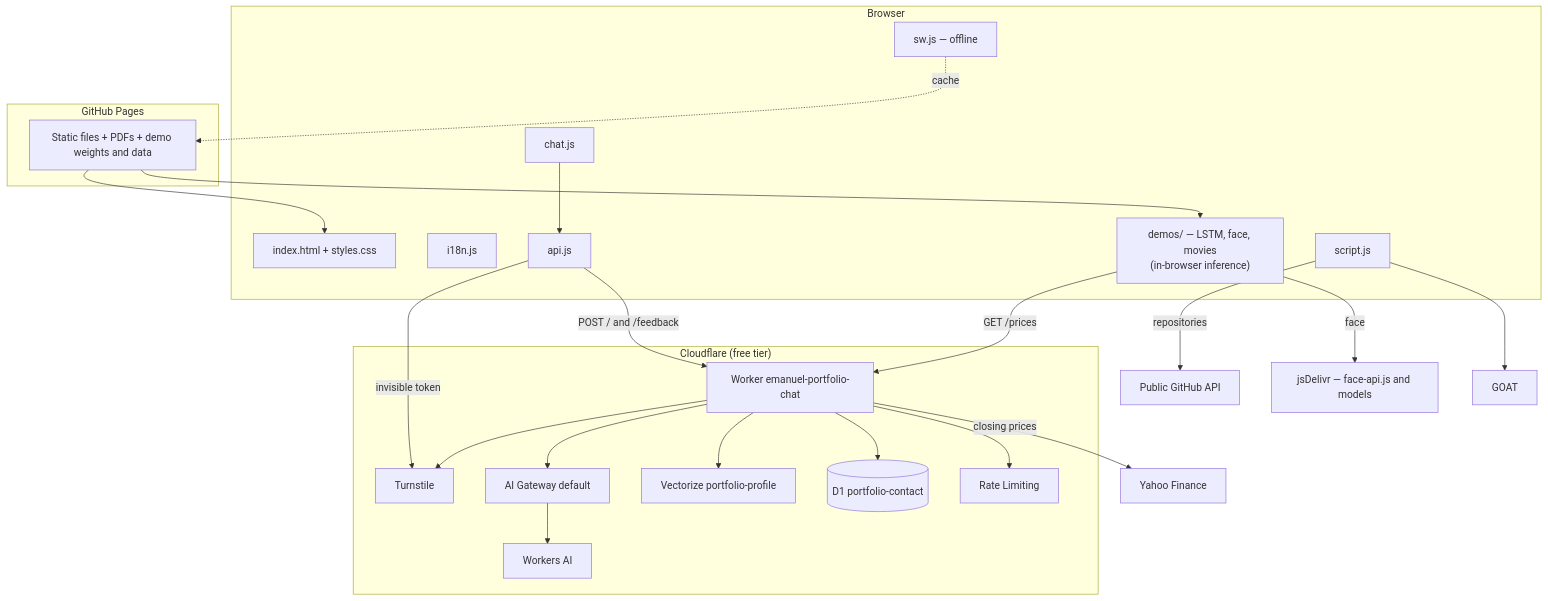
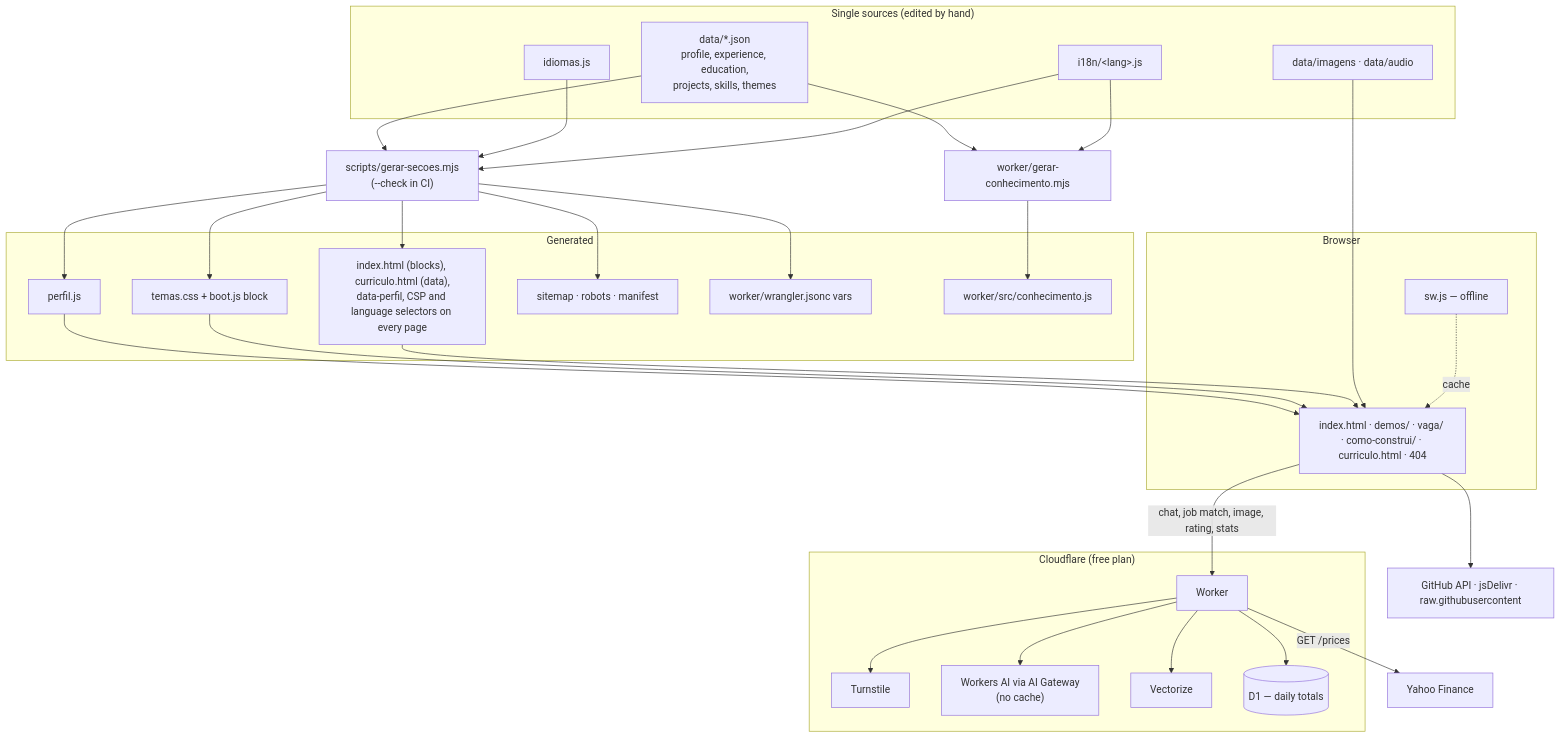
Before and after one commit to emanueleborges/emanueleborges.github.io: the diagram in docs/sdd/en/plan.md, drawn with Mermaid. The commit also changed other lines of this file and 23 other files, not shown here.

````diff
--- a/docs/sdd/en/plan.md
+++ b/docs/sdd/en/plan.md
@@ -11,44 +11,49 @@
 ```mermaid
 flowchart TB
+  subgraph Sources["Single sources (edited by hand)"]
+    DATA["data/*.json<br/>profile, experience, education,<br/>projects, skills, themes"]
+    MEDIA["data/imagens · data/audio"]
+    LANGS[idiomas.js]
+    I18N["i18n/&lt;lang&gt;.js"]
+  end
+  GEN["scripts/gerar-secoes.mjs<br/>(--check in CI)"]
+  KNOW["worker/gerar-conhecimento.mjs"]
+  subgraph Generated["Generated"]
+    PERFIL[perfil.js]
+    TEMAS[temas.css + boot.js block]
+    HTML["index.html (blocks), curriculo.html (data),<br/>data-perfil, CSP and language selectors on every page"]
+    SEO[sitemap · robots · manifest]
+    WCFG[worker/wrangler.jsonc vars]
+    CONH[worker/src/conhecimento.js]
+  end
   subgraph Browser
-    HTML[index.html + styles.css]
-    I18N[i18n.js]
-    SCRIPT[script.js]
-    API[api.js]
-    CHAT[chat.js]
+    PAGES["index.html · demos/ · vaga/ · como-construi/ · curriculo.html · 404"]
     SW[sw.js — offline]
-    DEMOS["demos/ — LSTM, face, movies<br/>(in-browser inference)"]
   end
-  subgraph "GitHub Pages"
-    STATIC[Static files + PDFs + demo weights and data]
+  subgraph CF["Cloudflare (free plan)"]
+    WORKER[Worker]
+    TURN[Turnstile]
+    WAI["Workers AI via AI Gateway<br/>(no cache)"]
+    VEC[Vectorize]
+    DB[(D1 — daily totals)]
   end
-  subgraph "Cloudflare (free tier)"
-    WORKER[Worker emanuel-portfolio-chat]
-    TURN[Turnstile]
-    GATE[AI Gateway default]
-    WAI[Workers AI]
-    VEC[Vectorize portfolio-profile]
-    DB[(D1 portfolio-contact)]
-    RL[Rate Limiting]
-  end
-  GH[Public GitHub API]
+  GH[GitHub API · jsDelivr · raw.githubusercontent]
   YF[Yahoo Finance]
-  CDN[jsDelivr — face-api.js and models]
 
-  STATIC --> HTML
-  STATIC --> DEMOS
-  SW -. cache .-> STATIC
-  CHAT --> API
-  API -->|POST / and /feedback| WORKER
-  API -->|invisible token| TURN
+  DATA --> GEN
+  LANGS --> GEN
+  I18N --> GEN
+  GEN --> PERFIL & TEMAS & HTML & SEO & WCFG
+  DATA --> KNOW
+  I18N --> KNOW
+  KNOW --> CONH
+  PERFIL & TEMAS & HTML & MEDIA --> PAGES
+  PAGES -->|chat, job match, image, rating, stats| WORKER
+  PAGES --> GH
   WORKER --> TURN
-  WORKER --> RL
-  WORKER --> GATE --> WAI
+  WORKER --> WAI
   WORKER --> VEC
   WORKER --> DB
-  SCRIPT --> GOAT
-  SCRIPT -->|repositories| GH
-  DEMOS -->|GET /prices| WORKER
-  WORKER -->|closing prices| YF
-  DEMOS -->|face| CDN
+  WORKER -->|GET /prices| YF
+  SW -. cache .-> PAGES
 ```
````
